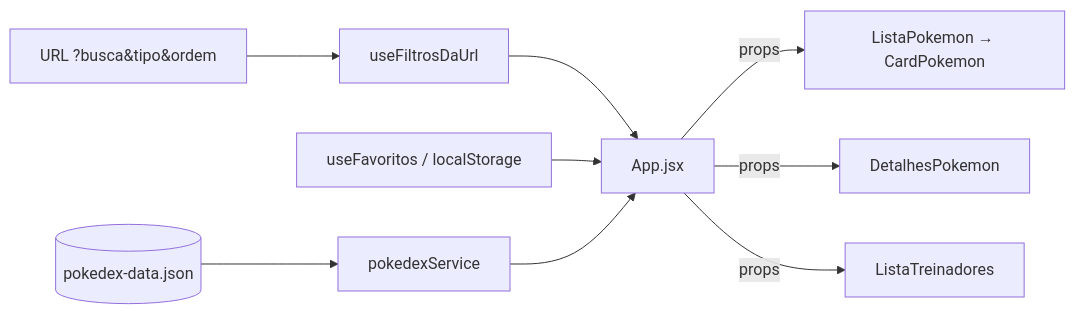
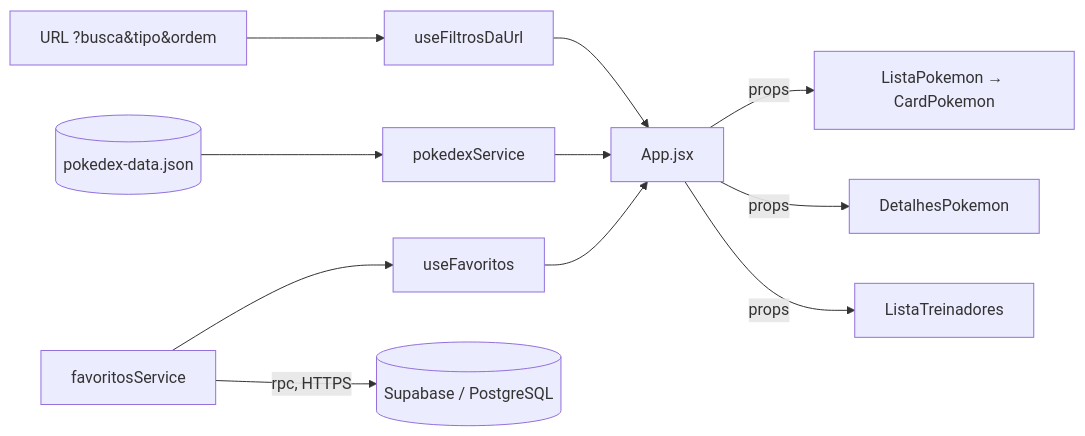
Before and after one commit to SamuelFerr0/pokedex_react: the diagram in README.md, drawn with Mermaid. The commit also changed other lines of this file and 19 other files, not shown here.

Commit message:
salva os favoritos no Supabase

````diff
--- a/README.md
+++ b/README.md
@@ -123,11 +135,13 @@
 ```mermaid
 flowchart LR
   JSON[(pokedex-data.json)] --> S[pokedexService]
   URL[URL ?busca&tipo&ordem] --> H[useFiltrosDaUrl]
   H --> A[App.jsx]
-  F[useFavoritos / localStorage] --> A
+  F[useFavoritos] --> A
+  FS[favoritosService] --> F
+  FS -->|rpc, HTTPS| DB[(Supabase / PostgreSQL)]
   S --> A
   A -->|props| L[ListaPokemon → CardPokemon]
   A -->|props| D[DetalhesPokemon]
   A -->|props| T[ListaTreinadores]
 ```
````
